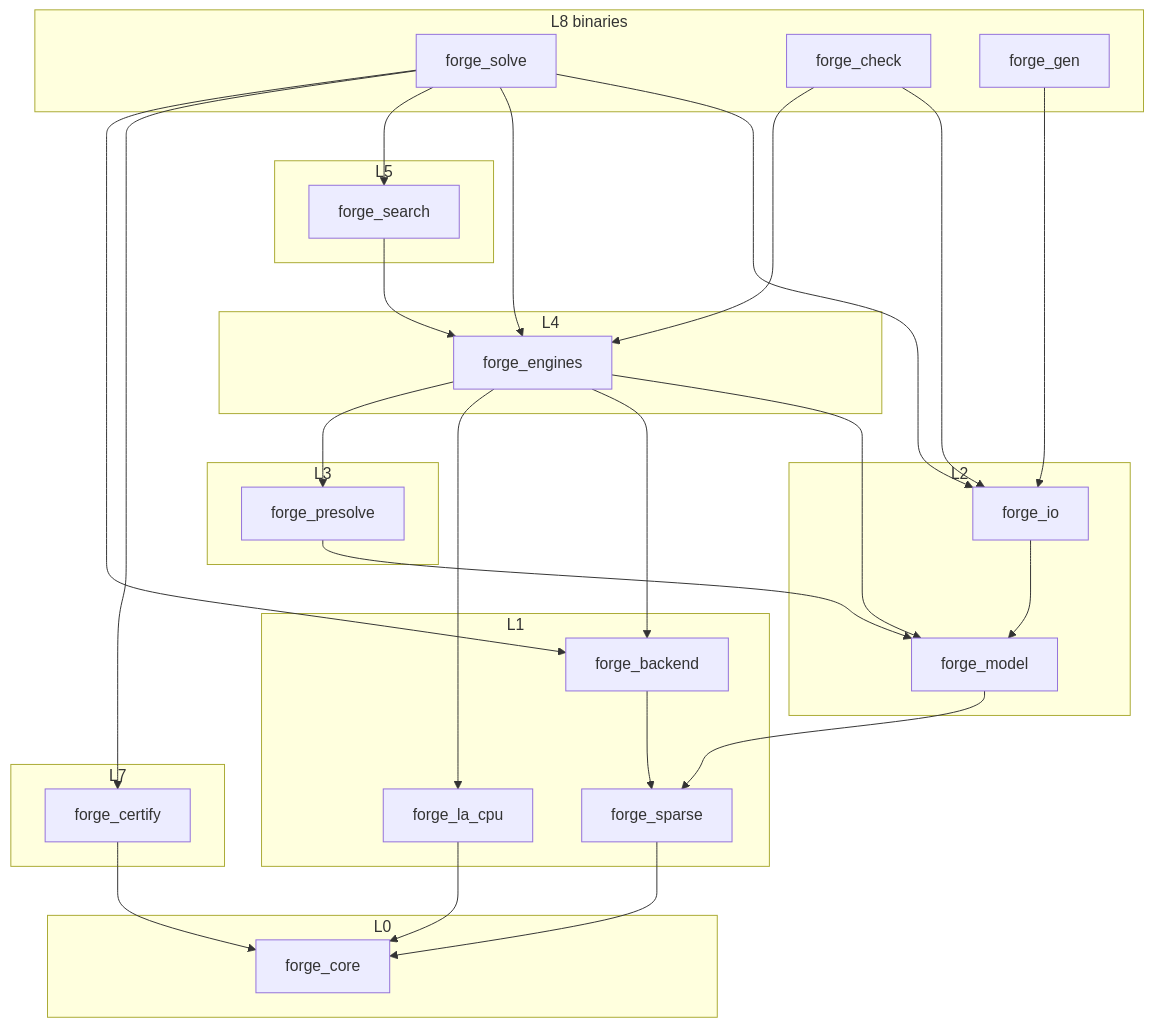
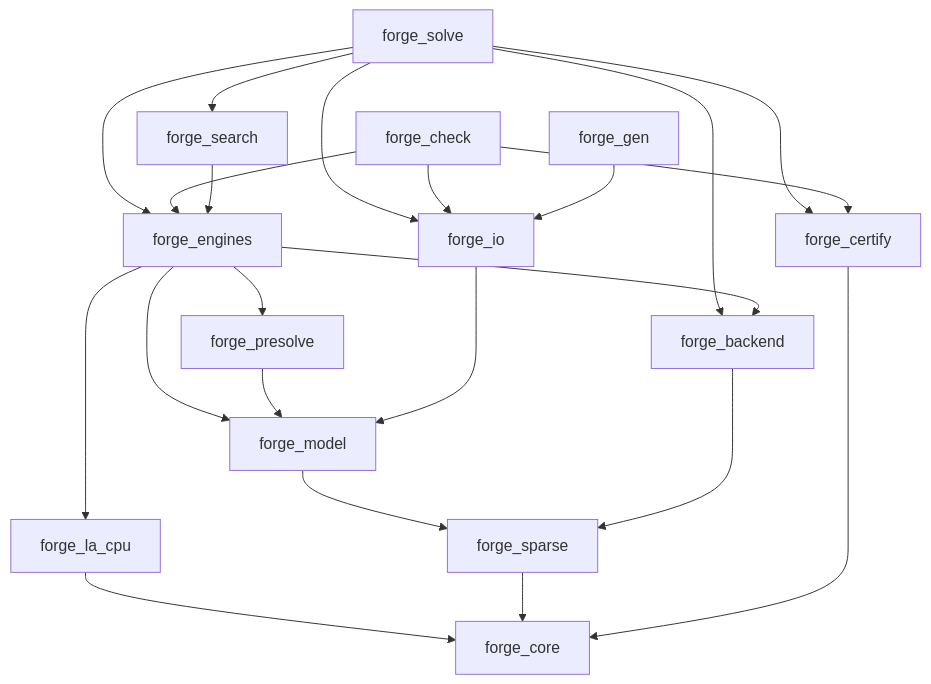
The first of 5 diagrams in docs/architecture.md (YashSuthar983/Forge), drawn with Mermaid before and after one commit. The commit also changed other lines of this file and 9 other files, not shown here.

Commit message:
chore: updated docs and architecture

````diff
--- a/docs/architecture.md
+++ b/docs/architecture.md
@@ -76,53 +74,16 @@
 ```mermaid
 flowchart TB
-  subgraph L8["L8 binaries"]
-    solve[forge_solve]
-    check[forge_check]
-    gen[forge_gen]
-  end
-  subgraph L7["L7"]
-    cert[forge_certify]
-  end
-  subgraph L5["L5"]
-    search[forge_search]
-  end
-  subgraph L4["L4"]
-    eng[forge_engines]
-  end
-  subgraph L3["L3"]
-    pre[forge_presolve]
-  end
-  subgraph L2["L2"]
-    io[forge_io]
-    model[forge_model]
-  end
-  subgraph L1["L1"]
-    be[forge_backend]
-    la[forge_la_cpu]
-    sp[forge_sparse]
-  end
-  subgraph L0["L0"]
-    core[forge_core]
-  end
-
-  solve --> io
-  solve --> eng
-  solve --> search
-  solve --> cert
-  solve --> be
-  check --> io
-  check --> eng
-  gen --> io
-  search --> eng
-  eng --> model
-  eng --> be
-  eng --> la
-  eng --> pre
-  pre --> model
-  io --> model
-  model --> sp
-  be --> sp
-  la --> core
-  sp --> core
-  cert --> core
+  solve[forge_solve] --> io & eng & search & cert & be
+  check[forge_check] --> io & eng & cert
+  gen[forge_gen] --> io
+  search[forge_search] --> eng
+  eng[forge_engines] --> model & be & la & pre
+  pre[forge_presolve] --> model
+  io[forge_io] --> model
+  model[forge_model] --> sp
+  be[forge_backend] --> sp
+  la[forge_la_cpu] --> core
+  sp[forge_sparse] --> core
+  cert[forge_certify] --> core
+  core[forge_core]
 ```
````
